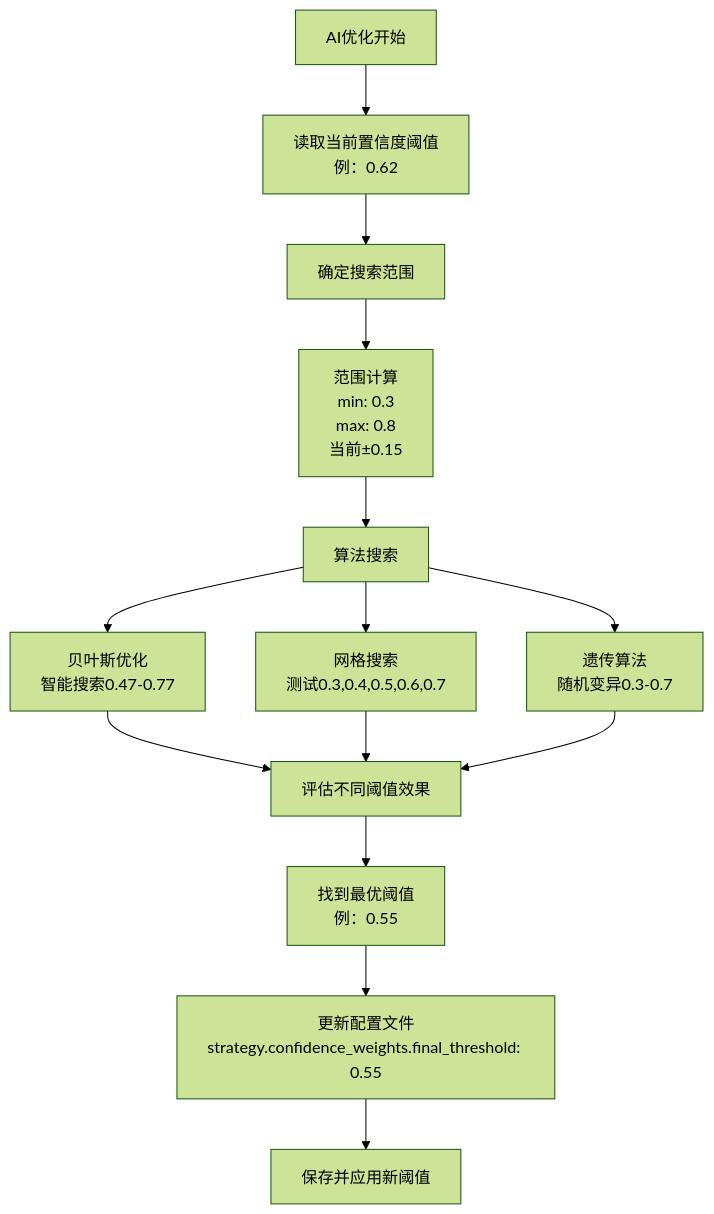
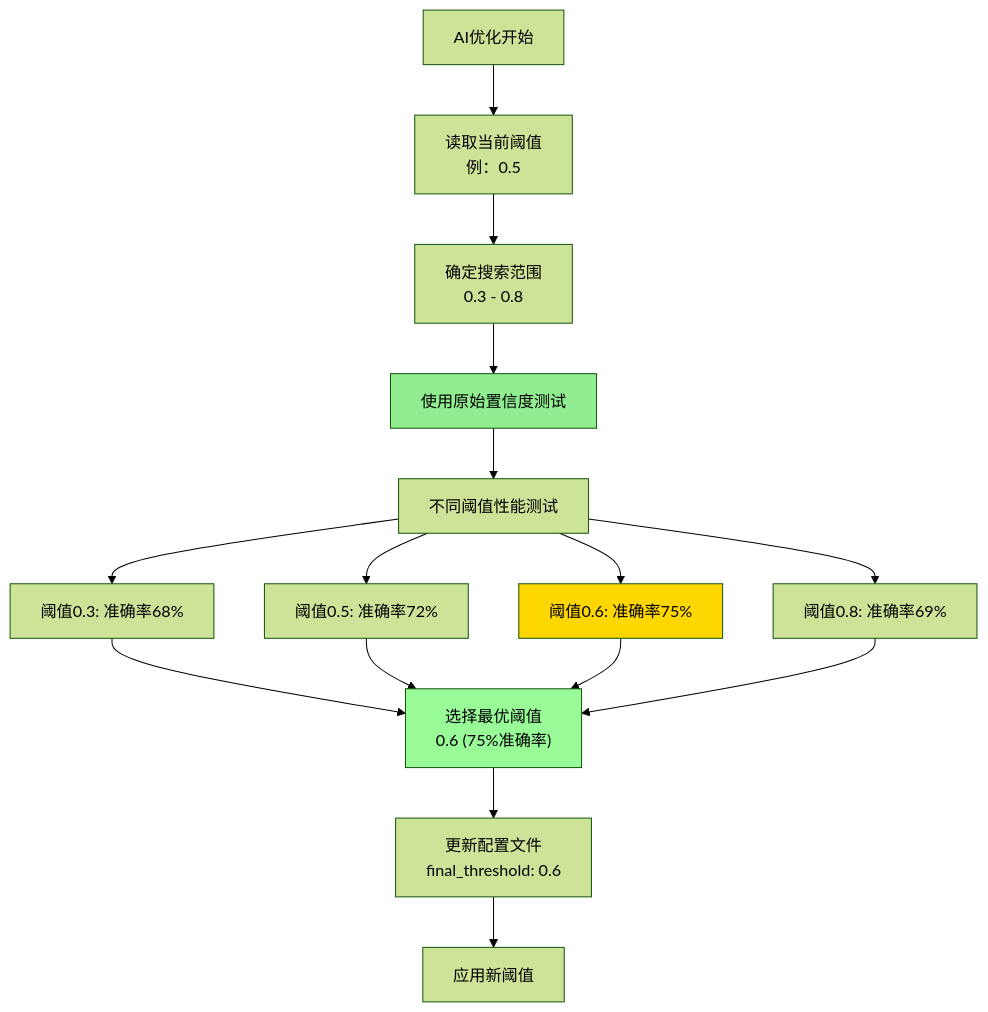
One commit to honins/csi_quant changed the second of 2 diagrams in docs/confidence_threshold_analysis.md. Above: the diagram before and after it, drawn with Mermaid (forest theme). The commit also changed other lines of this file and 26 other files, not shown here.

````diff
--- a/docs/confidence_threshold_analysis.md
+++ b/docs/confidence_threshold_analysis.md
@@ -192,19 +157,24 @@
 ```mermaid
 graph TD
-    A["AI优化开始"] --> B["读取当前置信度阈值<br/>例：0.62"]
-    B --> C["确定搜索范围"]
-    C --> D["范围计算<br/>min: 0.3<br/>max: 0.8<br/>当前±0.15"]
-    D --> E["算法搜索"]
+    A["AI优化开始"] --> B["读取当前阈值<br/>例：0.5"]
+    B --> C["确定搜索范围<br/>0.3 - 0.8"]
+    C --> D["使用原始置信度测试"]
     
-    E --> F1["贝叶斯优化<br/>智能搜索0.47-0.77"]
-    E --> F2["网格搜索<br/>测试0.3,0.4,0.5,0.6,0.7"]
-    E --> F3["遗传算法<br/>随机变异0.3-0.7"]
+    D --> E["不同阈值性能测试"]
+    E --> F["阈值0.3: 准确率68%"]
+    E --> G["阈值0.5: 准确率72%"] 
+    E --> H["阈值0.6: 准确率75%"]
+    E --> I["阈值0.8: 准确率69%"]
     
-    F1 --> G["评估不同阈值效果"]
-    F2 --> G
-    F3 --> G
+    F --> J["选择最优阈值<br/>0.6 (75%准确率)"]
+    G --> J
+    H --> J  
+    I --> J
     
-    G --> H["找到最优阈值<br/>例：0.55"]
-    H --> I["更新配置文件<br/>strategy.confidence_weights.final_threshold: 0.55"]
-    I --> J["保存并应用新阈值"]
+    J --> K["更新配置文件<br/>final_threshold: 0.6"]
+    K --> L["应用新阈值"]
+    
+    style D fill:#90EE90
+    style H fill:#FFD700
+    style J fill:#98FB98
 ```
````
